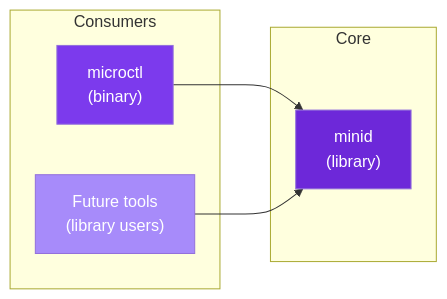
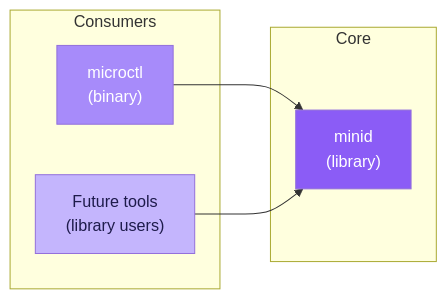
Before and after one commit to AndySchubert/minid: the second of 3 diagrams in docs/design-decisions.md, drawn with Mermaid. The commit also changed 4 other files, not shown here.

Commit message:
fix: brighten mermaid diagram colors, add acknowledgements

````diff
--- a/docs/design-decisions.md
+++ b/docs/design-decisions.md
@@ -37,17 +37,17 @@
 ```mermaid
 graph LR
     subgraph "Consumers"
         CLI["microctl<br/>(binary)"]
         LIB_USER["Future tools<br/>(library users)"]
     end
     subgraph "Core"
         MINID["minid<br/>(library)"]
     end
 
     CLI --> MINID
     LIB_USER --> MINID
 
-    style CLI fill:#7c3aed,color:#fff
-    style LIB_USER fill:#a78bfa,color:#fff
-    style MINID fill:#6d28d9,color:#fff
+    style CLI fill:#a78bfa,color:#fff
+    style LIB_USER fill:#c4b5fd,color:#1e1b4b
+    style MINID fill:#8b5cf6,color:#fff
 ```
````
